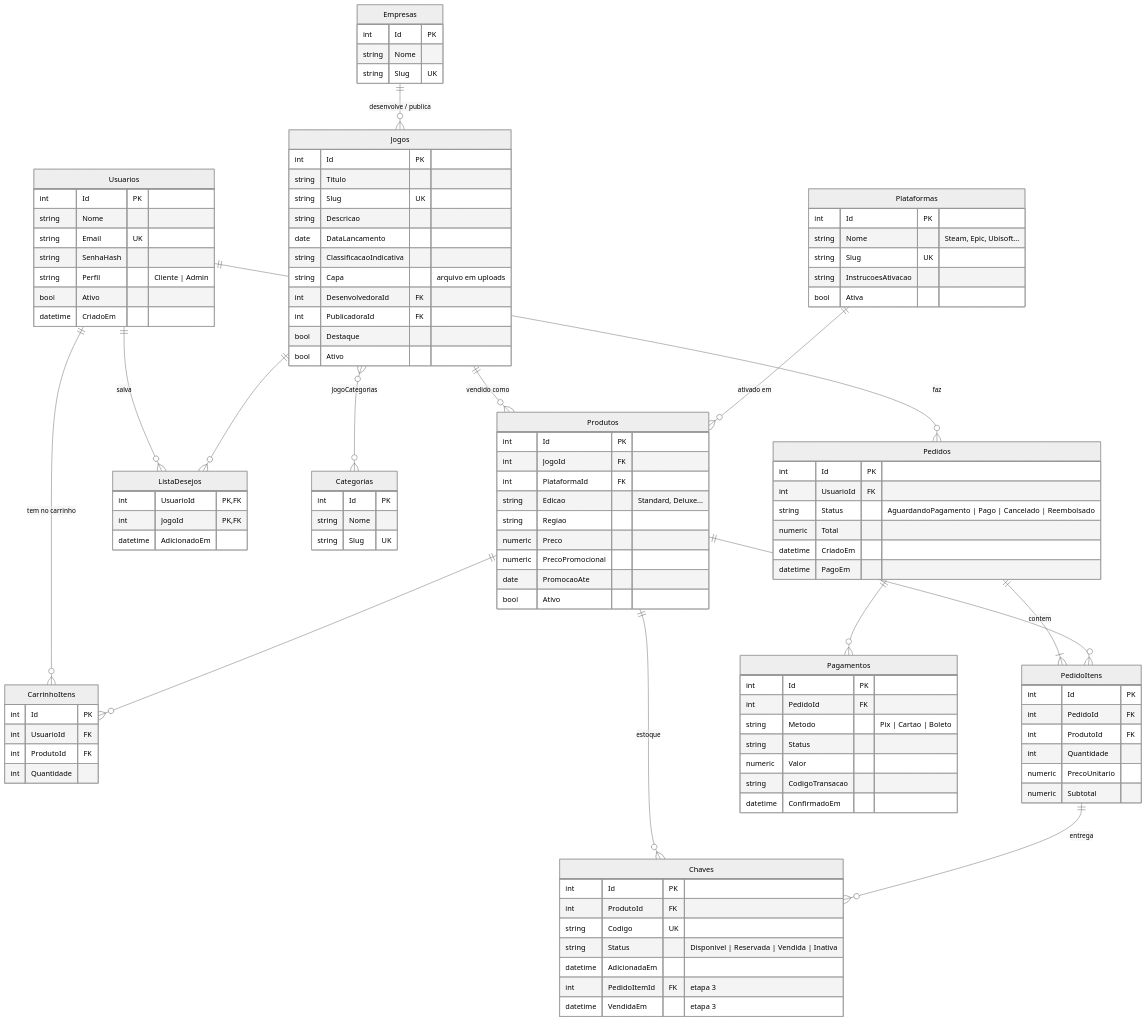
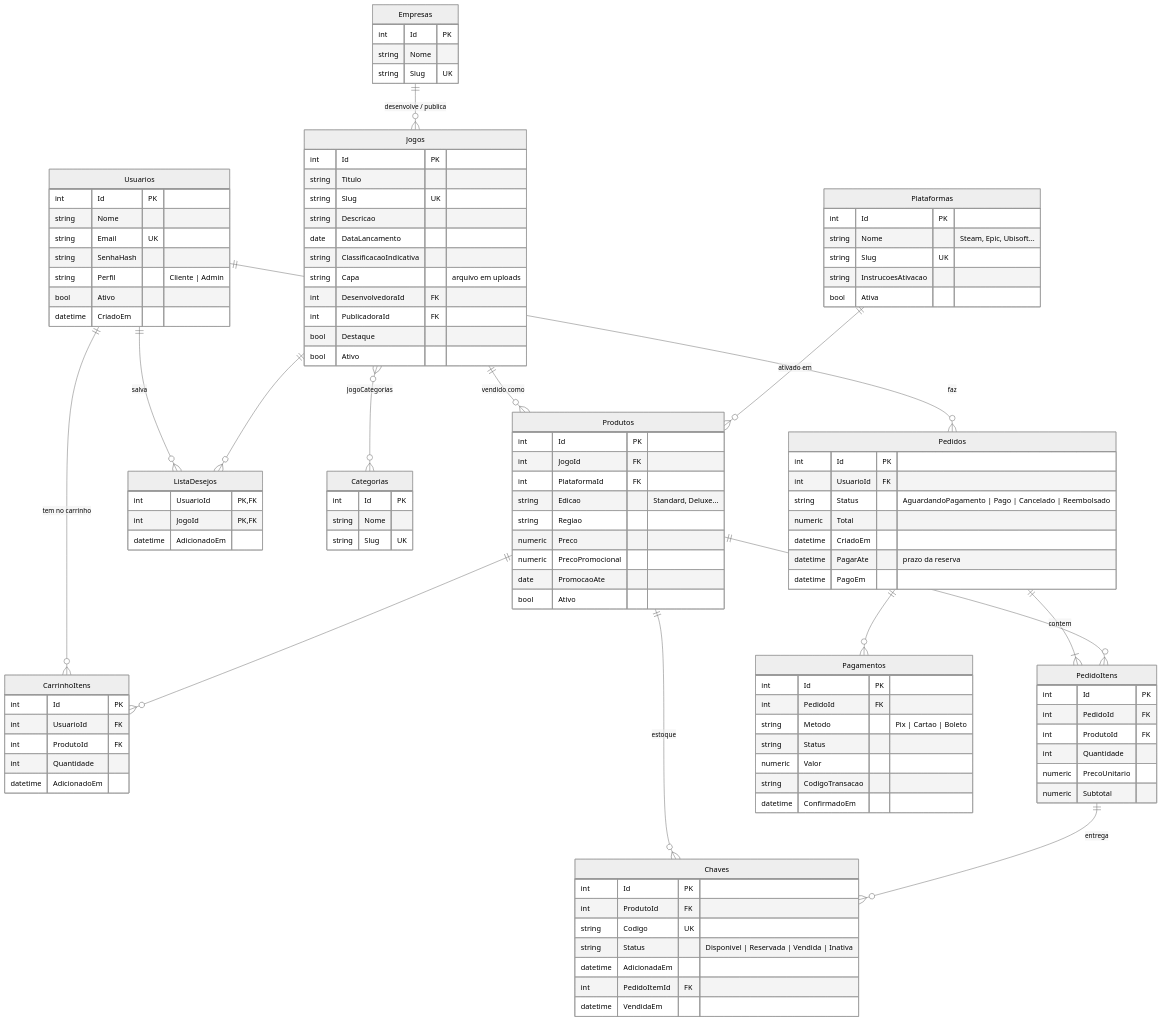
Before and after one commit to viniciusdepaula25/clouud: the second of 2 diagrams in docs/modelo-de-dados.md, drawn with Mermaid (neutral theme). The commit also changed other lines of this file and 44 other files, not shown here.

```diff
--- a/docs/modelo-de-dados.md
+++ b/docs/modelo-de-dados.md
@@ -138,14 +138,15 @@
         string Codigo UK
         string Status "Disponivel | Reservada | Vendida | Inativa"
         datetime AdicionadaEm
-        int PedidoItemId FK "etapa 3"
-        datetime VendidaEm "etapa 3"
+        int PedidoItemId FK
+        datetime VendidaEm
     }
     CarrinhoItens {
         int Id PK
         int UsuarioId FK
         int ProdutoId FK
         int Quantidade
+        datetime AdicionadoEm
     }
     ListaDesejos {
         int UsuarioId PK,FK
@@ -158,6 +159,7 @@
         string Status "AguardandoPagamento | Pago | Cancelado | Reembolsado"
         numeric Total
         datetime CriadoEm
+        datetime PagarAte "prazo da reserva"
         datetime PagoEm
     }
     PedidoItens {
```
